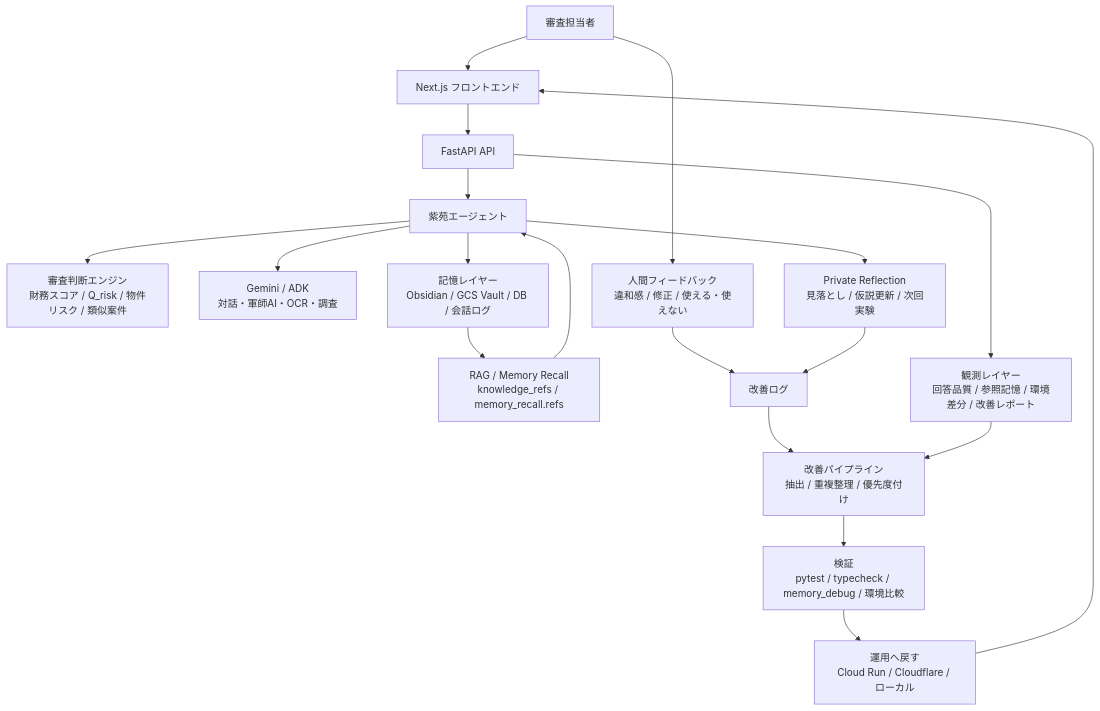
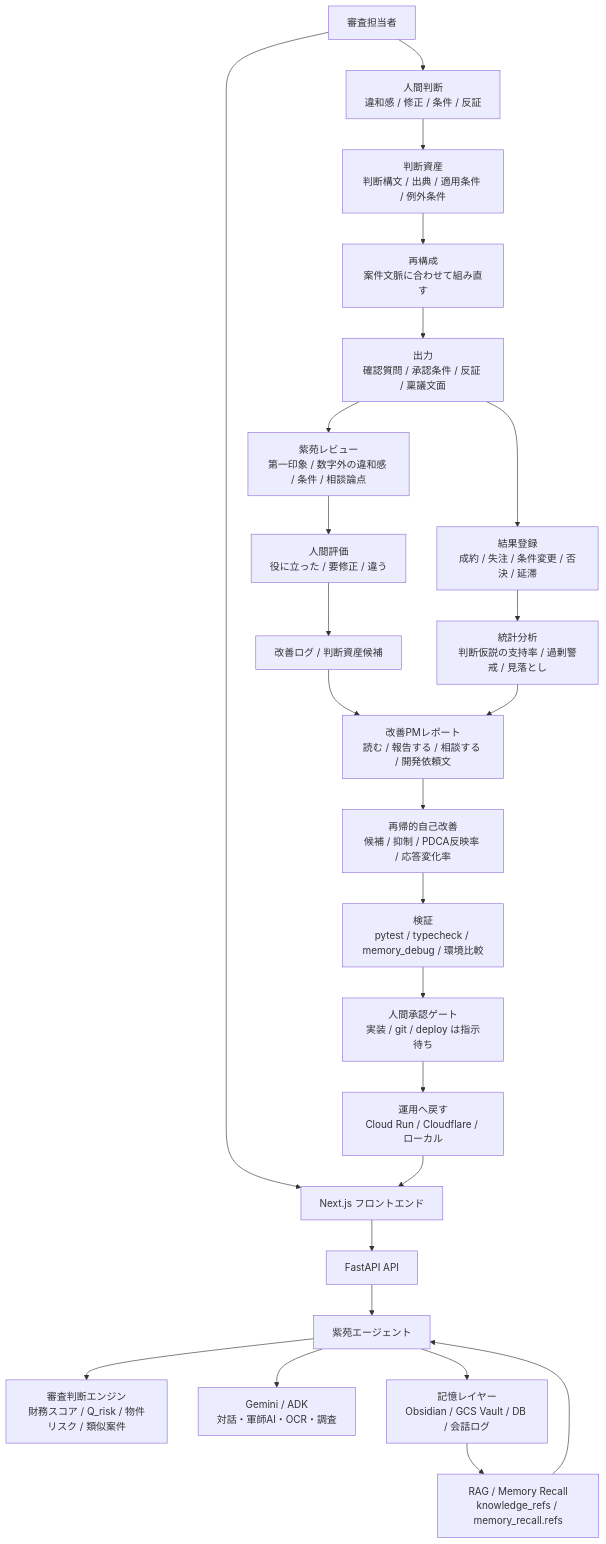
One commit to tune-77/tune_lease_55 changed the first of 2 diagrams in reports/hackathon_system_architecture_revised.md. Above: the diagram before and after it, drawn with Mermaid. The commit also changed other lines of this file and 30 other files, not shown here.

````diff
--- a/reports/hackathon_system_architecture_revised.md
+++ b/reports/hackathon_system_architecture_revised.md
@@ -16,27 +36,35 @@
 ```mermaid
 flowchart TD
     User["審査担当者"] --> FE["Next.js フロントエンド"]
     FE --> API["FastAPI API"]
     API --> Shion["紫苑エージェント"]
 
     Shion --> Score["審査判断エンジン<br/>財務スコア / Q_risk / 物件リスク / 類似案件"]
     Shion --> LLM["Gemini / ADK<br/>対話・軍師AI・OCR・調査"]
     Shion --> Memory["記憶レイヤー<br/>Obsidian / GCS Vault / DB / 会話ログ"]
 
     Memory --> RAG["RAG / Memory Recall<br/>knowledge_refs / memory_recall.refs"]
     RAG --> Shion
 
-    User --> Feedback["人間フィードバック<br/>違和感 / 修正 / 使える・使えない"]
-    Feedback --> ImproveLog["改善ログ"]
+    User --> Judgment["人間判断<br/>違和感 / 修正 / 条件 / 反証"]
+    Judgment --> Asset["判断資産<br/>判断構文 / 出典 / 適用条件 / 例外条件"]
 
-    Shion --> Reflection["Private Reflection<br/>見落とし / 仮説更新 / 次回実験"]
-    Reflection --> ImproveLog
+    Asset --> Recompose["再構成<br/>案件文脈に合わせて組み直す"]
+    Recompose --> Output["出力<br/>確認質問 / 承認条件 / 反証 / 稟議文面"]
 
-    ImproveLog --> Pipeline["改善パイプライン<br/>抽出 / 重複整理 / 優先度付け"]
-    Pipeline --> Verify["検証<br/>pytest / typecheck / memory_debug / 環境比較"]
-    Verify --> Deploy["運用へ戻す<br/>Cloud Run / Cloudflare / ローカル"]
-    Deploy --> FE
+    Output --> ShionReview["紫苑レビュー<br/>第一印象 / 数字外の違和感 / 条件 / 相談論点"]
+    ShionReview --> HumanFeedback["人間評価<br/>役に立った / 要修正 / 違う"]
+    HumanFeedback --> ImproveLog["改善ログ / 判断資産候補"]
 
-    API --> Observability["観測レイヤー<br/>回答品質 / 参照記憶 / 環境差分 / 改善レポート"]
-    Observability --> Pipeline
+    Output --> Result["結果登録<br/>成約 / 失注 / 条件変更 / 否決 / 延滞"]
+    Result --> Analysis["統計分析<br/>判断仮説の支持率 / 過剰警戒 / 見落とし"]
+
+    ImproveLog --> PM["改善PMレポート<br/>読む / 報告する / 相談する / 開発依頼文"]
+    Analysis --> PM
+
+    PM --> Recursive["再帰的自己改善<br/>候補 / 抑制 / PDCA反映率 / 応答変化率"]
+    Recursive --> Verify["検証<br/>pytest / typecheck / memory_debug / 環境比較"]
+    Verify --> HumanGate["人間承認ゲート<br/>実装 / git / deploy は指示待ち"]
+    HumanGate --> Runtime["運用へ戻す<br/>Cloud Run / Cloudflare / ローカル"]
+    Runtime --> FE
 ```
````
